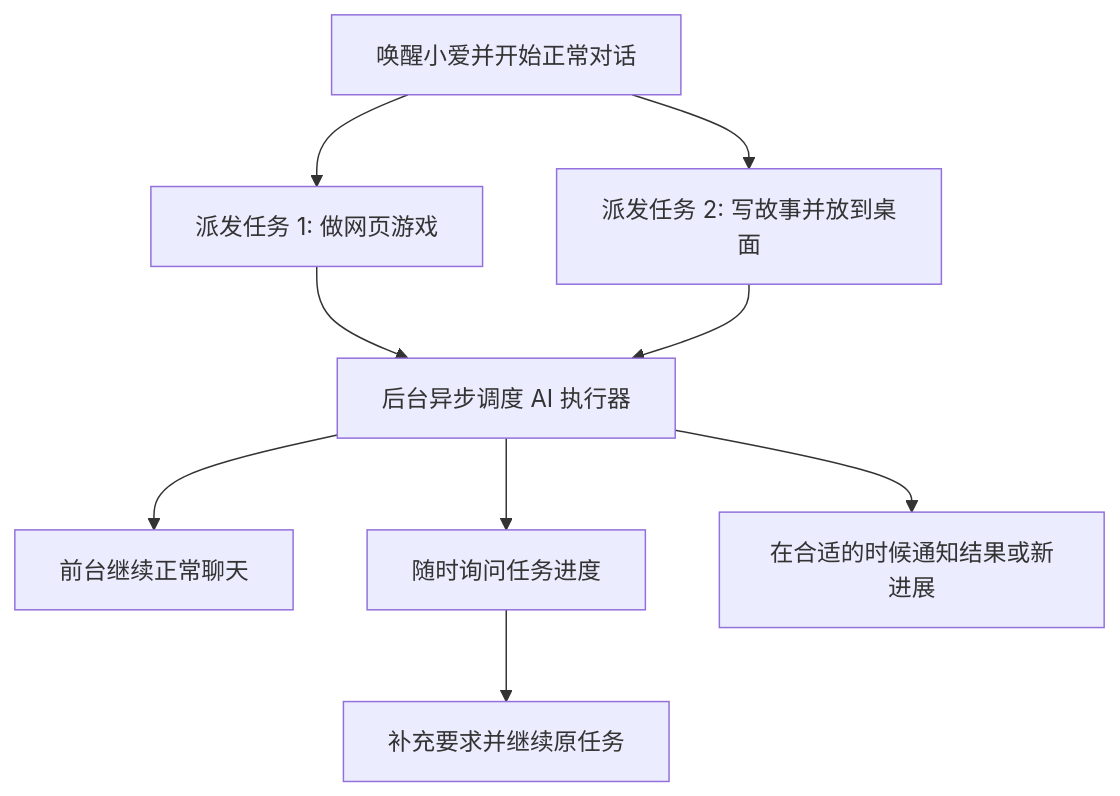
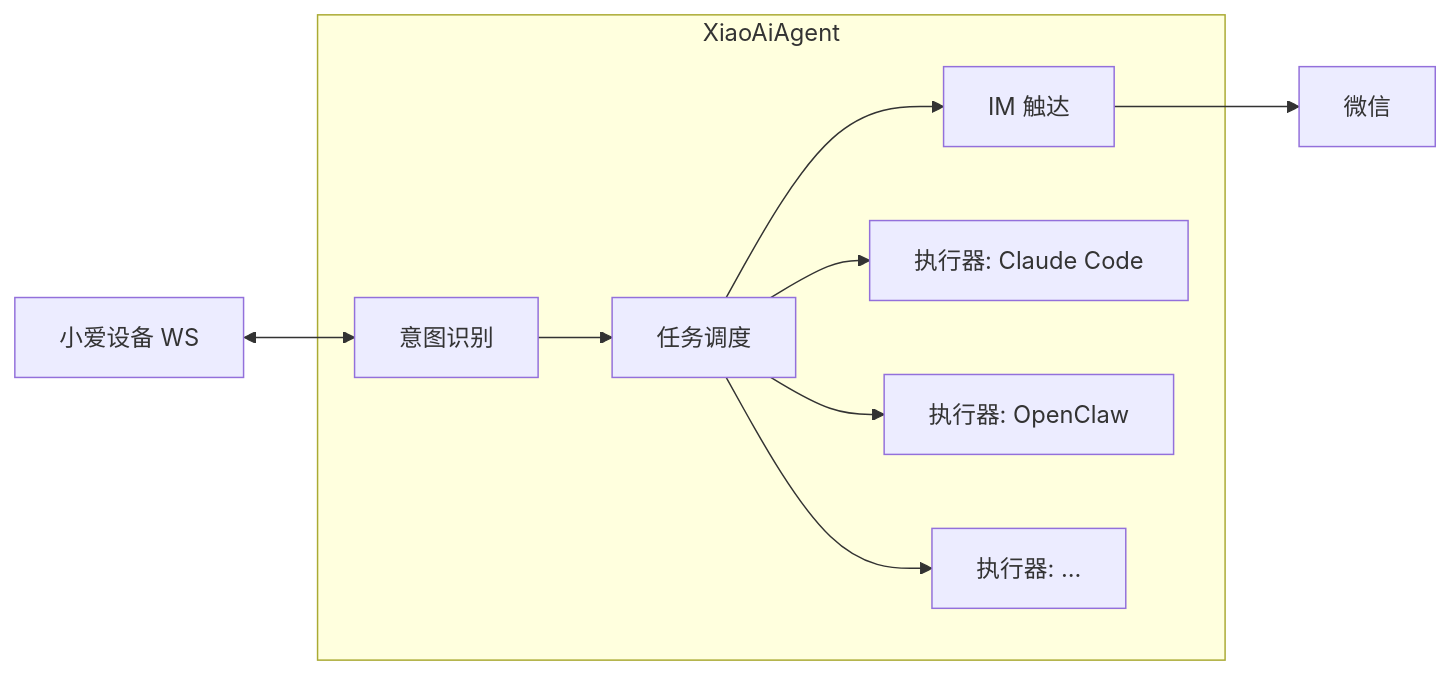
Before and after one commit to luoliwoshang/open-xiaoai-agent: the diagram in README.md, drawn with Mermaid. The commit also changed other lines of this file, not shown here.

````diff
--- a/README.md
+++ b/README.md
@@ -65,11 +46,12 @@
 ```mermaid
-flowchart TD
-    A[唤醒小爱并开始正常对话] --> B[派发任务 1: 做网页游戏]
-    A --> C[派发任务 2: 写故事并放到桌面]
-    B --> D[后台异步调度 AI 执行器]
-    C --> D
-    D --> E[前台继续正常聊天]
-    D --> F[随时询问任务进度]
-    F --> G[补充要求并继续原任务]
-    D --> H[在合适的时候通知结果或新进展]
+graph LR
+    subgraph XiaoAiAgent
+        I[意图识别] --> S[任务调度]
+        S --> IM[IM 触达]
+        S --> E1[执行器: Claude Code]
+        S --> E2[执行器: OpenClaw]
+        S --> E3[执行器: ...]
+    end
+    Device[小爱设备 WS] <--> I
+    IM --> WeChat[微信]
 ```
````
